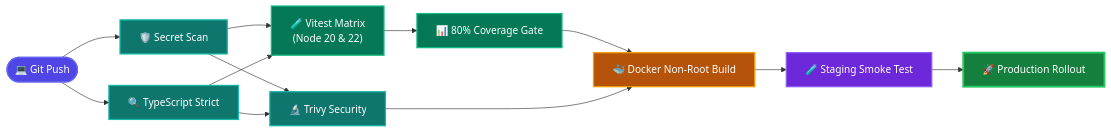
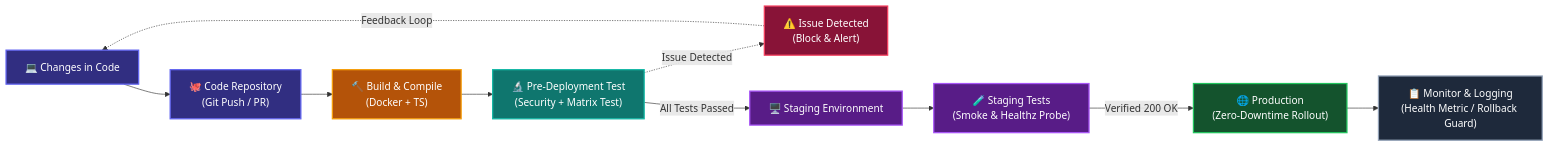
One commit to Ma1910/test-cicd changed the diagram in README.md. Above: the diagram before and after it, drawn with Mermaid.

Commit message:
docs: map visual pipeline flowchart precisely to demonstrated CI/CD lifecycle

````diff
--- a/README.md
+++ b/README.md
@@ -59,33 +59,28 @@
 ```mermaid
 flowchart LR
     %% Modern Palette & Pill/Card Styling
-    classDef trigger fill:#4f46e5,stroke:#6366f1,stroke-width:2px,color:#ffffff;
-    classDef security fill:#0f766e,stroke:#14b8a6,stroke-width:2px,color:#ffffff;
-    classDef test fill:#047857,stroke:#10b981,stroke-width:2px,color:#ffffff;
+    classDef dev fill:#312e81,stroke:#6366f1,stroke-width:2px,color:#ffffff;
     classDef build fill:#b45309,stroke:#f59e0b,stroke-width:2px,color:#ffffff;
-    classDef deploy fill:#6d28d9,stroke:#8b5cf6,stroke-width:2px,color:#ffffff;
-    classDef prod fill:#15803d,stroke:#22c55e,stroke-width:3px,color:#ffffff;
+    classDef test fill:#0f766e,stroke:#14b8a6,stroke-width:2px,color:#ffffff;
+    classDef issue fill:#881337,stroke:#f43f5e,stroke-width:2px,color:#ffffff;
+    classDef staging fill:#581c87,stroke:#a855f7,stroke-width:2px,color:#ffffff;
+    classDef prod fill:#14532d,stroke:#22c55e,stroke-width:2px,color:#ffffff;
+    classDef monitor fill:#1e293b,stroke:#94a3b8,stroke-width:2px,color:#ffffff;
 
-    Push(["💻 Git Push"]):::trigger
-    
-    %% Shift-Left Gates
-    Push --> SecretScan["🛡️ Secret Scan"]:::security
-    Push --> TypeCheck["🔍 TypeScript Strict"]:::security
+    %% 1. Code & Repository
+    Code["💻 Changes in Code"]:::dev --> Repo["🐙 Code Repository<br/>(Git Push / PR)"]:::dev
+    Repo --> Build["🔨 Build & Compile<br/>(Docker + TS)"]:::build
 
-    %% Parallel Matrix & SAST
-    SecretScan --> TestMatrix["🧪 Vitest Matrix<br/>(Node 20 & 22)"]:::test
-    TypeCheck --> TestMatrix
-    SecretScan --> TrivyScan["🔬 Trivy Security"]:::security
-    TypeCheck --> TrivyScan
+    %% 2. Pre-Deployment Testing & Issue Detection Loop
+    Build --> PreTest["🔬 Pre-Deployment Test<br/>(Security + Matrix Test)"]:::test
+    PreTest -.->|Issue Detected| FailReport["⚠️ Issue Detected<br/>(Block & Alert)"]:::issue
+    FailReport -.->|Feedback Loop| Code
 
-    %% Quality Verification
-    TestMatrix --> CoverageGate["📊 80% Coverage Gate"]:::test
+    %% 3. Staging Environment & Smoke Testing
+    PreTest -->|All Tests Passed| StgEnv["🖥️ Staging Environment"]:::staging
+    StgEnv --> StgTest["🧪 Staging Tests<br/>(Smoke & Healthz Probe)"]:::staging
 
-    %% Build & Hardening
-    CoverageGate --> DockerBuild["🐳 Docker Non-Root Build"]:::build
-    TrivyScan --> DockerBuild
-
-    %% Deployment Workflow
-    DockerBuild --> StagingSmoke["🧪 Staging Smoke Test"]:::deploy
-    StagingSmoke --> ProdDeploy["🚀 Production Rollout"]:::prod
+    %% 4. Production & Continuous Monitoring
+    StgTest -->|Verified 200 OK| Prod["🌐 Production<br/>(Zero-Downtime Rollout)"]:::prod
+    Prod --> Monitor["📋 Monitor & Logging<br/>(Health Metric / Rollback Guard)"]:::monitor
 ```
````
